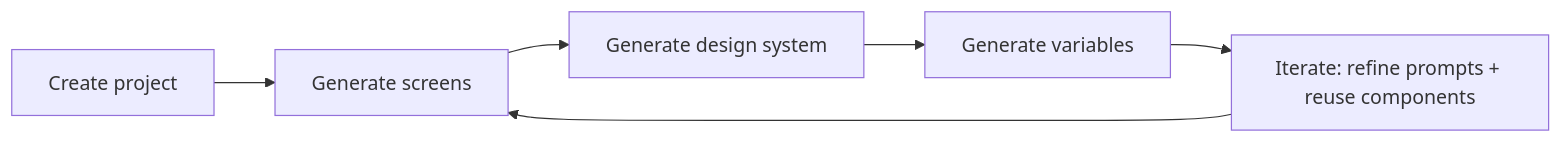
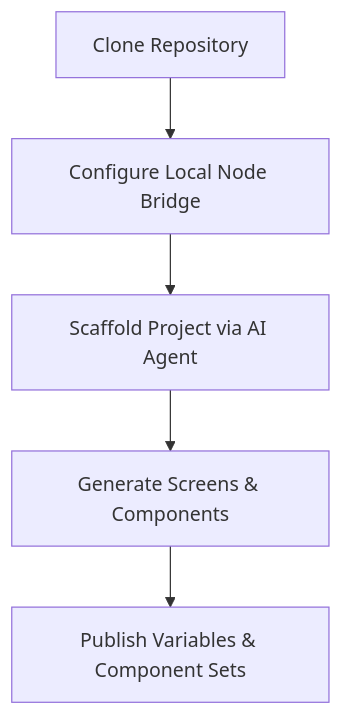
The fourth of 5 diagrams in README.md (Anshul2021/Figma-Mcp), drawn with Mermaid before and after one commit. The commit also changed other lines of this file, not shown here.

````diff
--- a/README.md
+++ b/README.md
@@ -160,8 +97,7 @@
 ```mermaid
-flowchart LR
-    A[Create project] --> B[Generate screens]
-    B --> C[Generate design system]
-    C --> D[Generate variables]
-    D --> E[Iterate: refine prompts + reuse components]
-    E --> B
+flowchart TD
+    DEV1[Clone Repository] --> DEV2[Configure Local Node Bridge]
+    DEV2 --> DEV3[Scaffold Project via AI Agent]
+    DEV3 --> DEV4[Generate Screens & Components]
+    DEV4 --> DEV5[Publish Variables & Component Sets]
 ```
````
